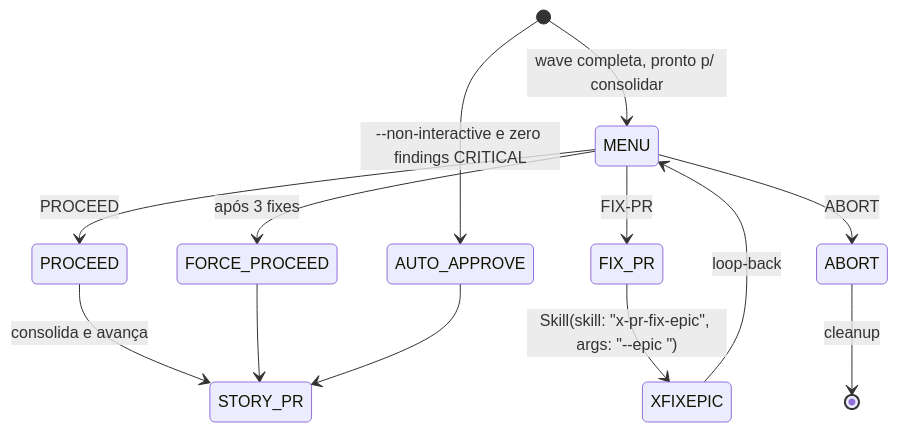
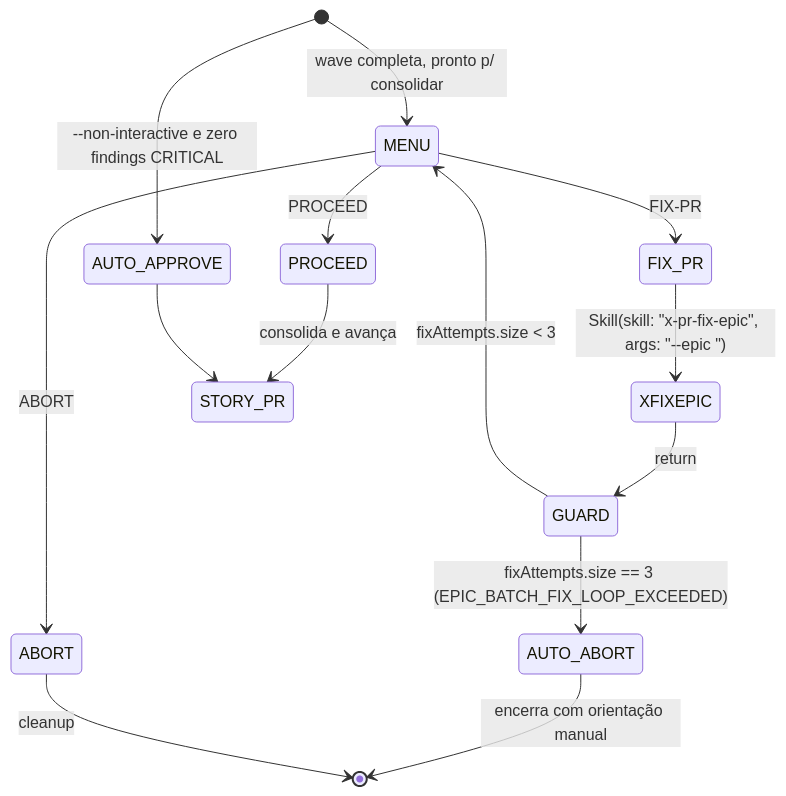
Before and after one commit to edercnj/ia-dev-environment: the diagram in plans/epic-0043/story-0043-0004.md, drawn with Mermaid. The commit also changed other lines of this file and 6 other files, not shown here.

````diff
--- a/plans/epic-0043/story-0043-0004.md
+++ b/plans/epic-0043/story-0043-0004.md
@@ -110,18 +110,19 @@
 ```mermaid
 stateDiagram-v2
     [*] --> MENU: wave completa, pronto p/ consolidar
     [*] --> AUTO_APPROVE: --non-interactive e zero findings CRITICAL
 
     MENU --> PROCEED: PROCEED
     MENU --> FIX_PR: FIX-PR
     MENU --> ABORT: ABORT
-    MENU --> FORCE_PROCEED: após 3 fixes
 
     FIX_PR --> XFIXEPIC: Skill(skill: "x-pr-fix-epic", args: "--epic <ID>")
-    XFIXEPIC --> MENU: loop-back
+    XFIXEPIC --> GUARD: return
+    GUARD --> MENU: fixAttempts.size < 3
+    GUARD --> AUTO_ABORT: fixAttempts.size == 3 (EPIC_BATCH_FIX_LOOP_EXCEEDED)
 
     PROCEED --> STORY_PR: consolida e avança
-    FORCE_PROCEED --> STORY_PR
     AUTO_APPROVE --> STORY_PR
+    AUTO_ABORT --> [*]: encerra com orientação manual
     ABORT --> [*]: cleanup
 ```
````
